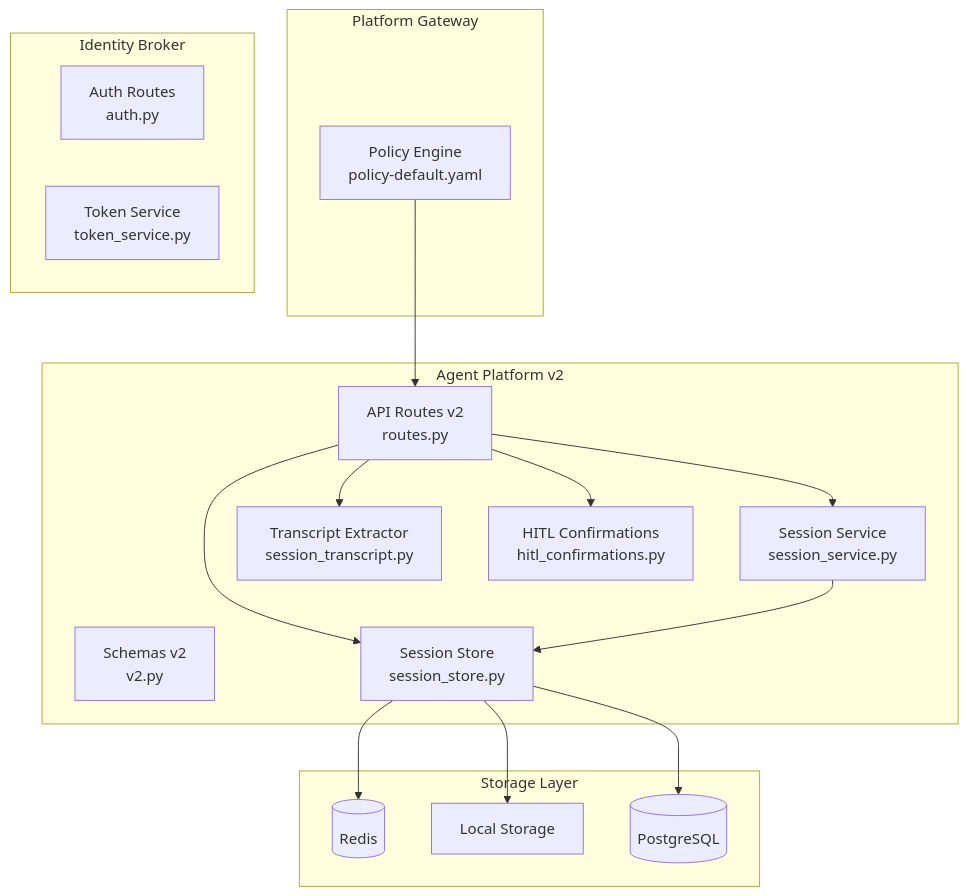
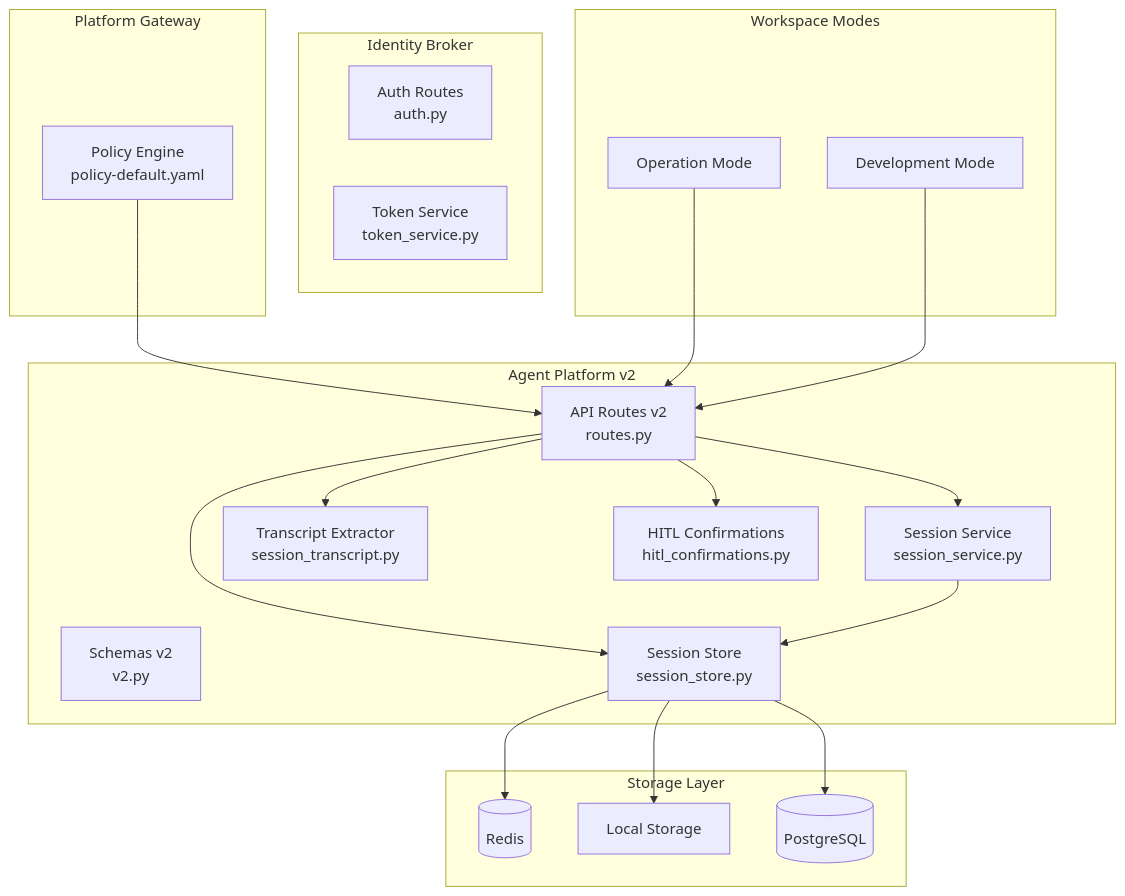
Before and after one commit to metasync/luban-aiops: the first of 10 diagrams in .qoder/repowiki/en/content/API Reference/Agent Platform API/Session Management API.md, drawn with Mermaid. The commit also changed other lines of this file and 6 other files, not shown here.

````diff
--- a/.qoder/repowiki/en/content/API Reference/Agent Platform API/Session Management API.md
+++ b/.qoder/repowiki/en/content/API Reference/Agent Platform API/Session Management API.md
@@ -52,32 +56,38 @@
 ```mermaid
 graph TB
 subgraph "Agent Platform v2"
 AP_V2_ROUTES[API Routes v2<br/>routes.py]
 AP_V2_SCHEMAS[Schemas v2<br/>v2.py]
 AP_SVC[Session Service<br/>session_service.py]
 AP_STORE[Session Store<br/>session_store.py]
 AP_TRANSCRIPT[Transcript Extractor<br/>session_transcript.py]
 AP_HITL[HITL Confirmations<br/>hitl_confirmations.py]
 end
 subgraph "Platform Gateway"
 GW_POLICY[Policy Engine<br/>policy-default.yaml]
 end
 subgraph "Identity Broker"
 ID_AUTH[Auth Routes<br/>auth.py]
 ID_TOKEN[Token Service<br/>token_service.py]
 end
 subgraph "Storage Layer"
 REDIS[(Redis)]
 LOCAL[Local Storage]
 POSTGRES[(PostgreSQL)]
 end
+subgraph "Workspace Modes"
+OP_MODE[Operation Mode]
+DEV_MODE[Development Mode]
+end
 AP_V2_ROUTES --> AP_SVC
 AP_V2_ROUTES --> AP_STORE
 AP_V2_ROUTES --> AP_TRANSCRIPT
 AP_V2_ROUTES --> AP_HITL
 AP_SVC --> AP_STORE
 AP_STORE --> REDIS
 AP_STORE --> LOCAL
 AP_STORE --> POSTGRES
 GW_POLICY --> AP_V2_ROUTES
+OP_MODE --> AP_V2_ROUTES
+DEV_MODE --> AP_V2_ROUTES
 ```
````
